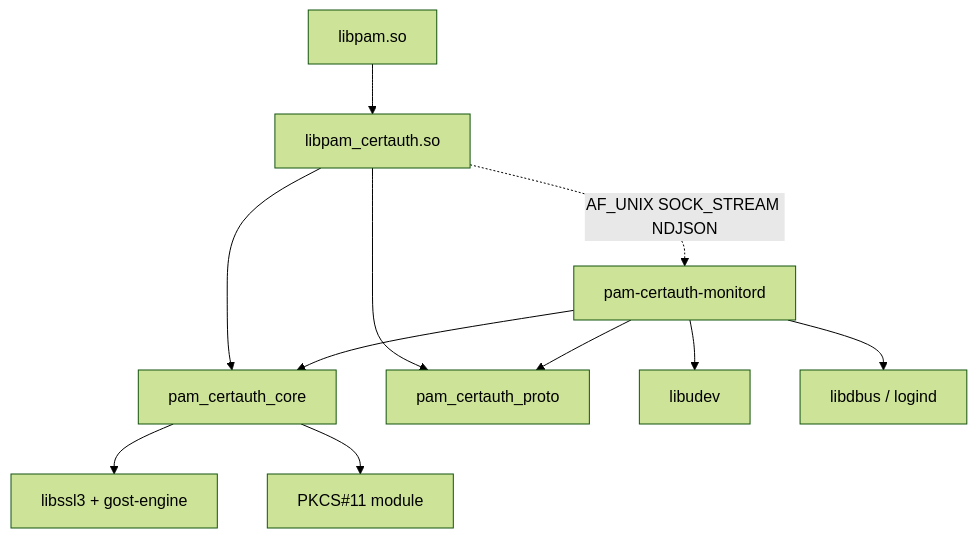
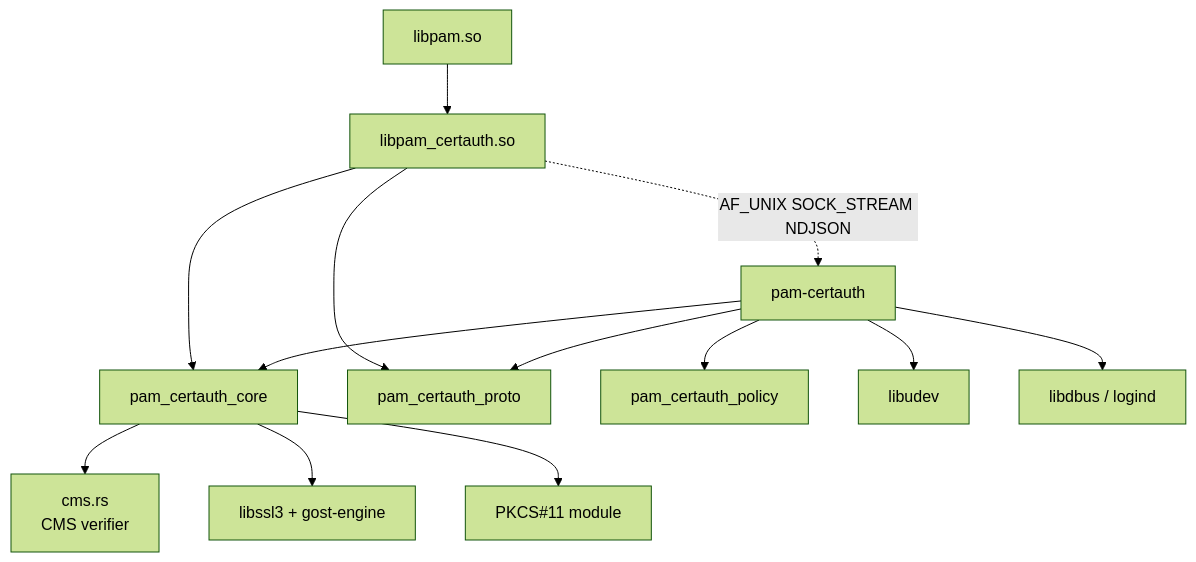
Before and after one commit to RoboNET/pam-certauth: the first of 7 diagrams in docs/architecture.md, drawn with Mermaid (forest theme). The commit also changed other lines of this file and 160 other files, not shown here.

````diff
--- a/docs/architecture.md
+++ b/docs/architecture.md
@@ -126,13 +175,15 @@
 ```mermaid
 flowchart TD
     libpam[libpam.so] --> cdylib[libpam_certauth.so]
     cdylib --> core[pam_certauth_core]
     cdylib --> proto[pam_certauth_proto]
-    monitord[pam-certauth-monitord] --> proto
+    monitord[pam-certauth] --> proto
     monitord --> core
+    monitord --> policy[pam_certauth_policy]
+    core --> cms[cms.rs<br/>CMS verifier]
     cdylib -. "AF_UNIX SOCK_STREAM NDJSON" .-> monitord
     core --> openssl[libssl3 + gost-engine]
     core --> pkcs11[PKCS#11 module]
     monitord --> udev[libudev]
     monitord --> dbus[libdbus / logind]
 ```
````
